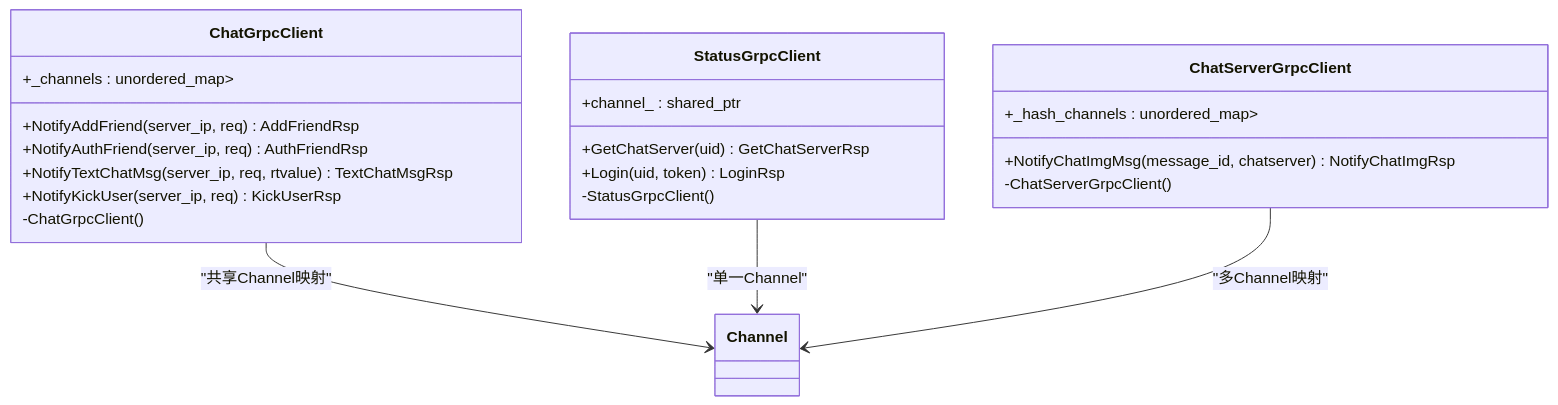
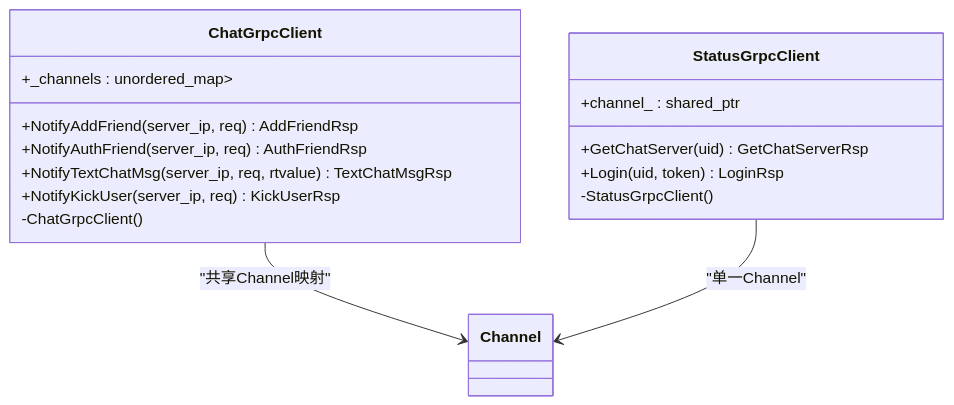
Before and after one commit to echo9923/mychatter: the eighth of 10 diagrams in .qoder/repowiki/zh/content/服务端开发/ChatServer聊天核心服务/核心服务架构.md, drawn with Mermaid. The commit also changed other lines of this file and 107 other files, not shown here.

````diff
--- a/.qoder/repowiki/zh/content/服务端开发/ChatServer聊天核心服务/核心服务架构.md
+++ b/.qoder/repowiki/zh/content/服务端开发/ChatServer聊天核心服务/核心服务架构.md
@@ -338,25 +340,19 @@
 ```mermaid
 classDiagram
 class ChatGrpcClient {
 +_channels : unordered_map<string, shared_ptr<Channel>>
 +NotifyAddFriend(server_ip, req) AddFriendRsp
 +NotifyAuthFriend(server_ip, req) AuthFriendRsp
 +NotifyTextChatMsg(server_ip, req, rtvalue) TextChatMsgRsp
 +NotifyKickUser(server_ip, req) KickUserRsp
 -ChatGrpcClient()
 }
 class StatusGrpcClient {
 +channel_ : shared_ptr<Channel>
 +GetChatServer(uid) GetChatServerRsp
 +Login(uid, token) LoginRsp
 -StatusGrpcClient()
 }
-class ChatServerGrpcClient {
-+_hash_channels : unordered_map<string, shared_ptr<Channel>>
-+NotifyChatImgMsg(message_id, chatserver) NotifyChatImgRsp
--ChatServerGrpcClient()
-}
 ChatGrpcClient --> Channel : "共享Channel映射"
 StatusGrpcClient --> Channel : "单一Channel"
-ChatServerGrpcClient --> Channel : "多Channel映射"
 ```
````
